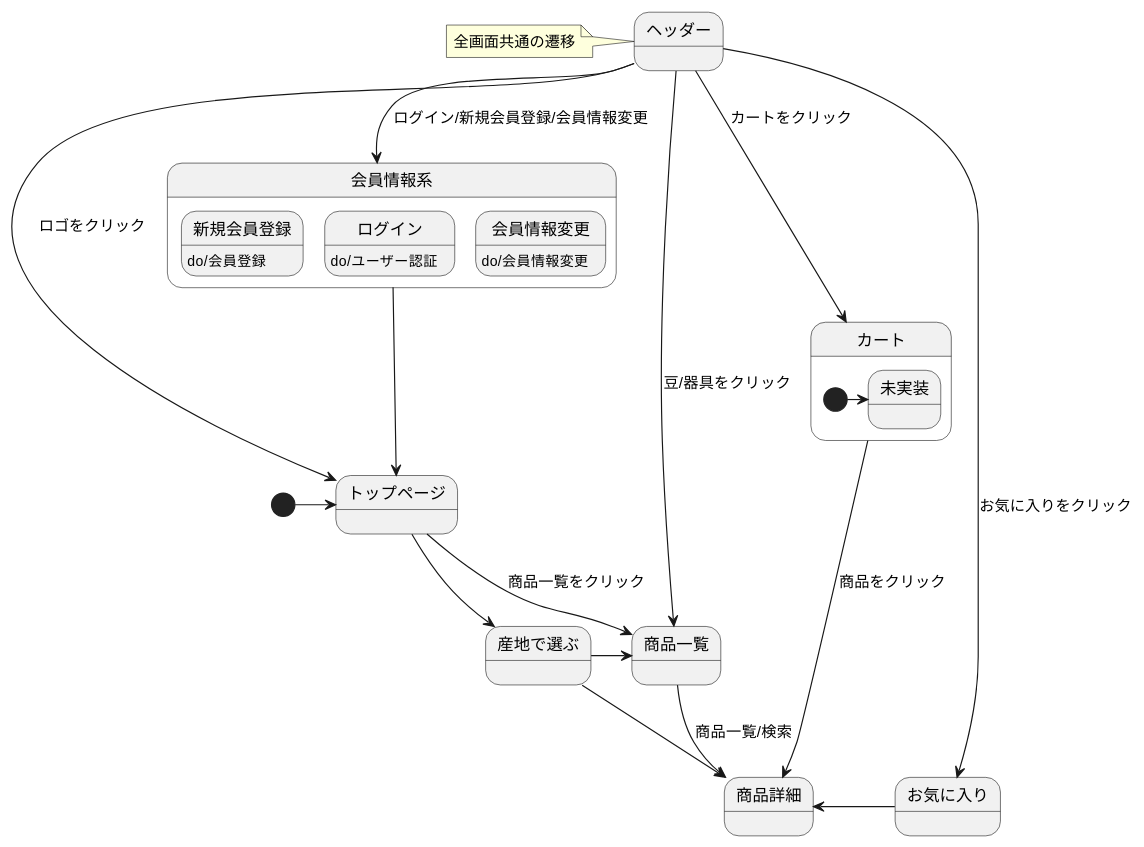
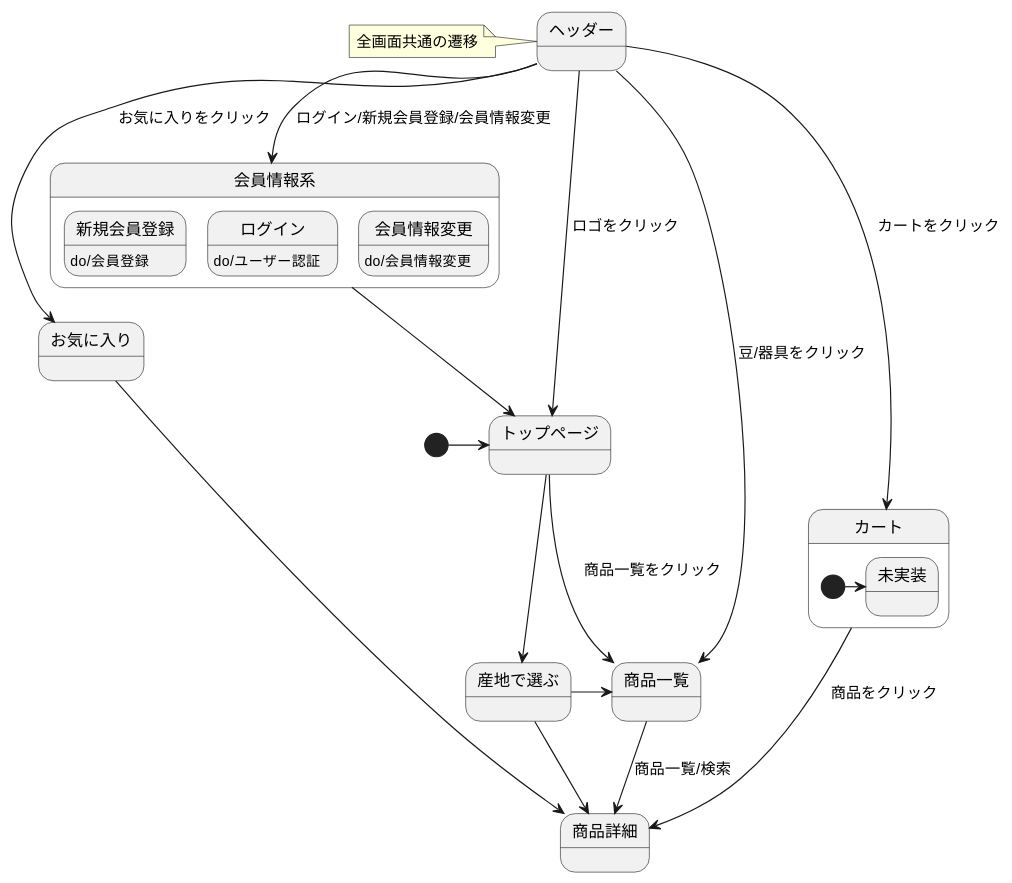
Before and after one commit to Aso2101122/coffeeEC: the diagram in 03_画面遷移図/stm_03.md, drawn with PlantUML.

````diff
--- a/03_画面遷移図/stm_03.md
+++ b/03_画面遷移図/stm_03.md
@@ -2,34 +2,34 @@
 ```uml
 @startuml
 [*]-right->トップページ
 トップページ-right->商品一覧: 商品一覧をクリック
 トップページ-->産地で選ぶ
 産地で選ぶ-right->商品一覧
 産地で選ぶ-down->商品詳細
 商品一覧->商品詳細: 商品一覧/検索
-お気に入り-left->商品詳細
+お気に入り-right->商品詳細
 カート->商品詳細: 商品をクリック
 
 state ヘッダー{
 }
 note left of ヘッダー: 全画面共通の遷移
 
 
 ヘッダー-down->トップページ: ロゴをクリック
 ヘッダー-down->商品一覧: 豆/器具をクリック
 ヘッダー-down->会員情報系: ログイン/新規会員登録/会員情報変更
 ヘッダー-down->お気に入り: お気に入りをクリック
 ヘッダー-down->カート: カートをクリック
 
 state 会員情報系{
 新規会員登録 : do/会員登録
 ログイン : do/ユーザー認証
 会員情報変更 : do/会員情報変更
 }
 会員情報系-down->トップページ
 
 state カート{
 [*]-right->未実装
 }
 @enduml
 ```
````
